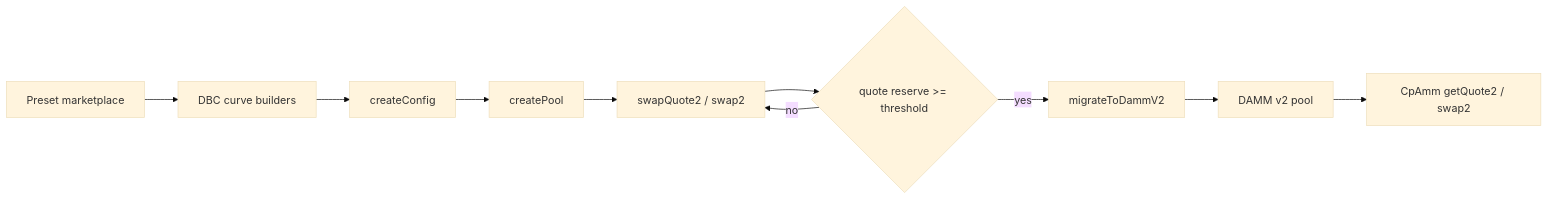
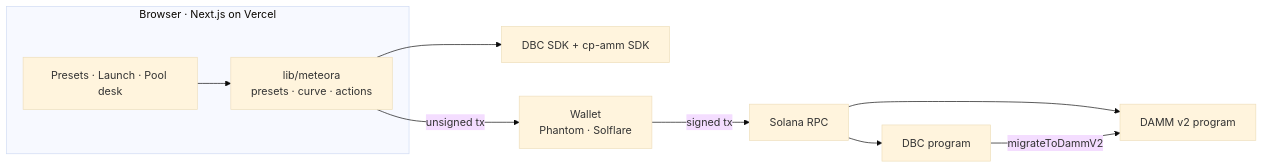
Before and after one commit to abilashblnair/meteora-dbc-dammv2: the first of 2 diagrams in README.md, drawn with Mermaid (base theme). The commit also changed other lines of this file and 2 other files, not shown here.

First line of the commit message:
Add architecture, flow and sequence diagrams; link the live app and deck.

````diff
--- a/README.md
+++ b/README.md
@@ -35,12 +45,12 @@
 ```mermaid
 flowchart LR
-  preset["Preset marketplace"] --> build["DBC curve builders"]
-  build --> config["createConfig"]
-  config --> pool["createPool"]
-  pool --> trade["swapQuote2 / swap2"]
-  trade --> gate{"quote reserve >= threshold"}
-  gate -->|no| trade
-  gate -->|yes| migrate["migrateToDammV2"]
-  migrate --> damm["DAMM v2 pool"]
-  damm --> swap["CpAmm getQuote2 / swap2"]
+  subgraph Browser["Browser · Next.js on Vercel"]
+    UI["Presets · Launch · Pool desk"] --> Lib["lib/meteora<br/>presets · curve · actions"]
+  end
+  Lib --> SDK["DBC SDK + cp-amm SDK"]
+  Lib -- "unsigned tx" --> Wallet["Wallet<br/>Phantom · Solflare"]
+  Wallet -- "signed tx" --> RPC["Solana RPC"]
+  RPC --> DBC["DBC program"]
+  RPC --> DAMM["DAMM v2 program"]
+  DBC -- "migrateToDammV2" --> DAMM
 ```
````
